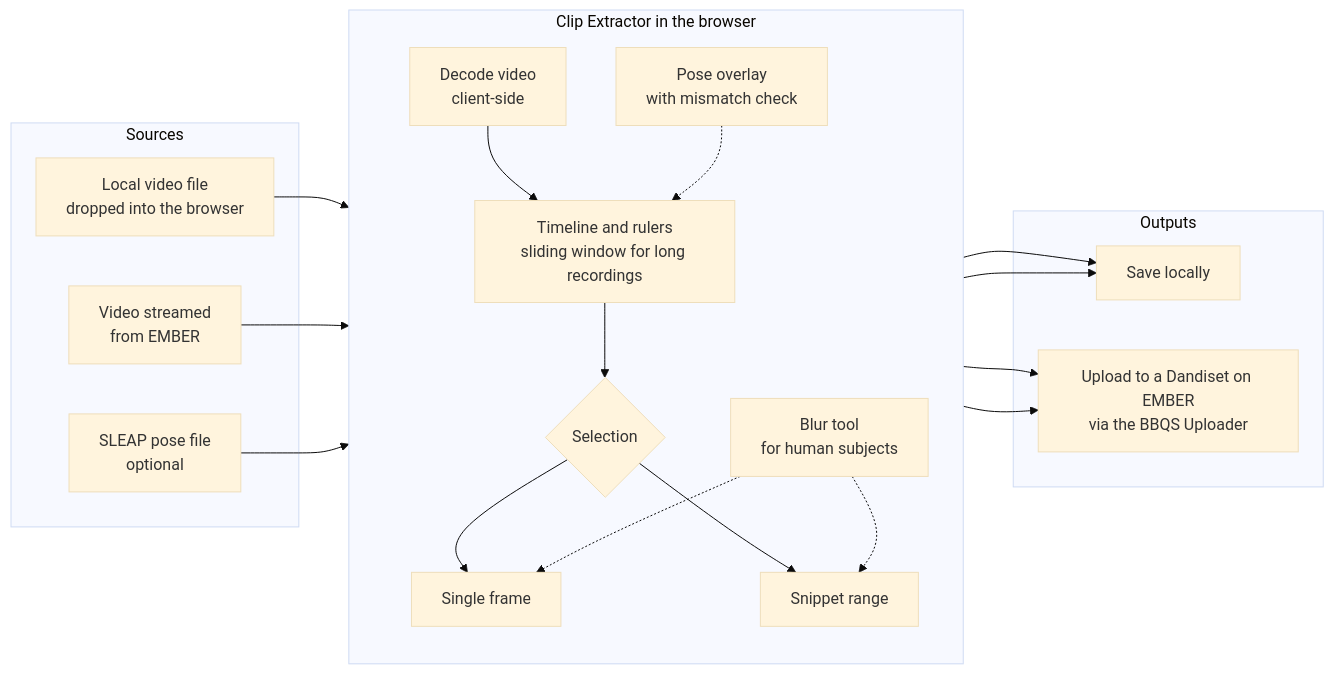
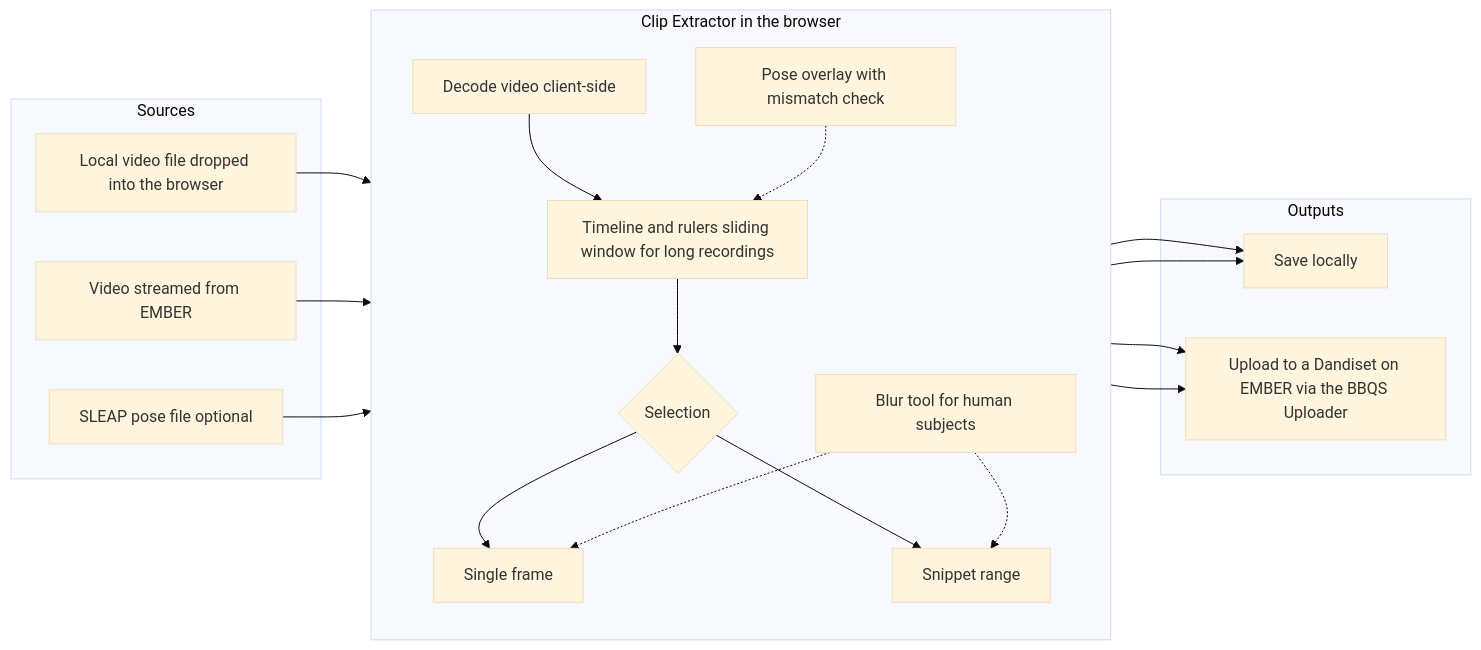
The second of 15 diagrams in user-stories/clip-extractor.md (CodyCBakerPhD/BBQS-EMBER-docs), drawn with Mermaid (base theme) before and after one commit. The commit also changed other lines of this file and 1 other file, not shown here.

First line of the commit message:
Drop manual line breaks from Mermaid labels; add agent instructions

````diff
--- a/user-stories/clip-extractor.md
+++ b/user-stories/clip-extractor.md
@@ -53,38 +53,38 @@
 ```mermaid
 flowchart LR
     subgraph sources["Sources"]
-        L[Local video file<br/>dropped into the browser]
-        R[Video streamed<br/>from EMBER]
-        P[SLEAP pose file<br/>optional]
+        L[Local video file dropped into the browser]
+        R[Video streamed from EMBER]
+        P[SLEAP pose file optional]
     end
 
     subgraph app["Clip Extractor in the browser"]
         direction TB
-        DEC[Decode video<br/>client-side]
-        TL[Timeline and rulers<br/>sliding window for long recordings]
+        DEC[Decode video client-side]
+        TL[Timeline and rulers sliding window for long recordings]
         SEL{Selection}
         FR[Single frame]
         SN[Snippet range]
-        OV[Pose overlay<br/>with mismatch check]
-        BL[Blur tool<br/>for human subjects]
+        OV[Pose overlay with mismatch check]
+        BL[Blur tool for human subjects]
         DEC --> TL --> SEL
         SEL --> FR
         SEL --> SN
         OV -.-> TL
         BL -.-> FR
         BL -.-> SN
     end
 
     subgraph outputs["Outputs"]
         SAVE[Save locally]
-        UP[Upload to a Dandiset on EMBER<br/>via the BBQS Uploader]
+        UP[Upload to a Dandiset on EMBER via the BBQS Uploader]
     end
 
     L --> DEC
     R --> DEC
     P --> OV
     FR --> SAVE
     SN --> SAVE
     FR --> UP
     SN --> UP
 ```
````
